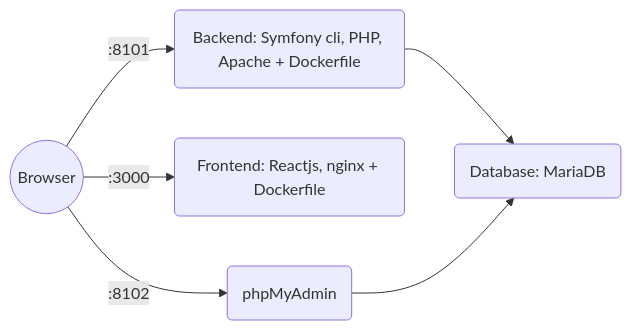
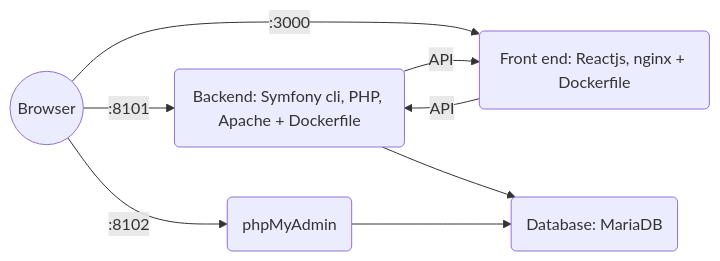
The diagram in README.md (syll20/docker-reactjs-symfony-cli-mariadb), drawn with Mermaid before and after one commit.

Commit message:
Update README.md
Add link between backend and frontend containers in the mermaid graph.

````diff
--- a/README.md
+++ b/README.md
@@ -4,9 +4,11 @@
 ```mermaid
 graph LR
 B -- :8101 --> A(Backend: Symfony cli, PHP, Apache + Dockerfile)  
-B((Browser)) -- :3000 --> C(Frontend: Reactjs, nginx + Dockerfile)
+B((Browser)) -- :3000 --> C(Front end: Reactjs, nginx + Dockerfile)
+A -- API --> C
+C -- API --> A 
 B -- :8102 --> D(phpMyAdmin)
 A --> E(Database: MariaDB)
 D --> E
 
 ```
````
